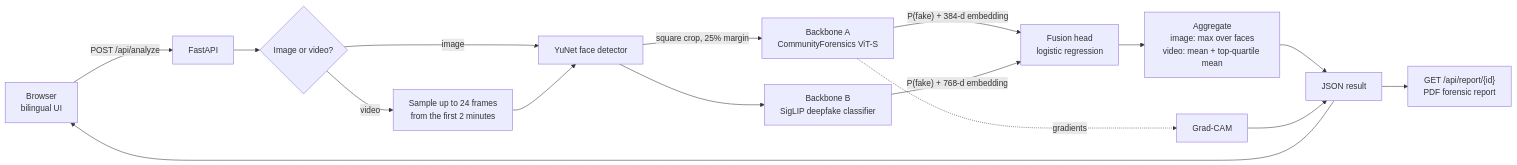
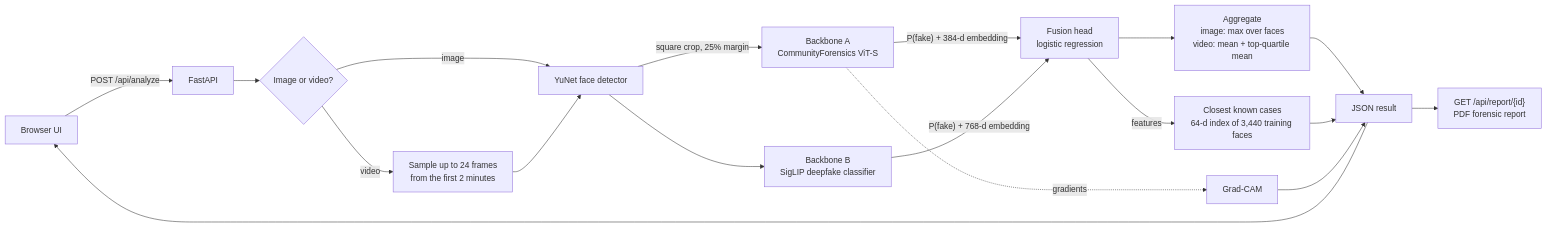
One commit to MoamenFouad/deep-fake-ai-powered-detector changed the diagram in docs/ARCHITECTURE.md. Above: the diagram before and after it, drawn with Mermaid. The commit also changed other lines of this file and 5 other files, not shown here.

````diff
--- a/docs/ARCHITECTURE.md
+++ b/docs/ARCHITECTURE.md
@@ -6,17 +6,19 @@
 ```mermaid
 flowchart LR
-    U[Browser<br/>bilingual UI] -- "POST /api/analyze" --> API[FastAPI]
+    U[Browser UI] -- "POST /api/analyze" --> API[FastAPI]
     API --> K{Image or video?}
     K -- image --> FD[YuNet face detector]
     K -- video --> S[Sample up to 24 frames<br/>from the first 2 minutes] --> FD
     FD -- "square crop, 25% margin" --> B1[Backbone A<br/>CommunityForensics ViT-S]
     FD --> B2[Backbone B<br/>SigLIP deepfake classifier]
     B1 -- "P(fake) + 384-d embedding" --> H[Fusion head<br/>logistic regression]
     B2 -- "P(fake) + 768-d embedding" --> H
     H --> AGG[Aggregate<br/>image: max over faces<br/>video: mean + top-quartile mean]
     B1 -. gradients .-> CAM[Grad-CAM]
+    H -- "features" --> SIM[Closest known cases<br/>64-d index of 3,440 training faces]
     AGG --> R[JSON result]
+    SIM --> R
     CAM --> R
     R --> U
     R --> PDF["GET /api/report/{id}<br/>PDF forensic report"]
 ```
````
